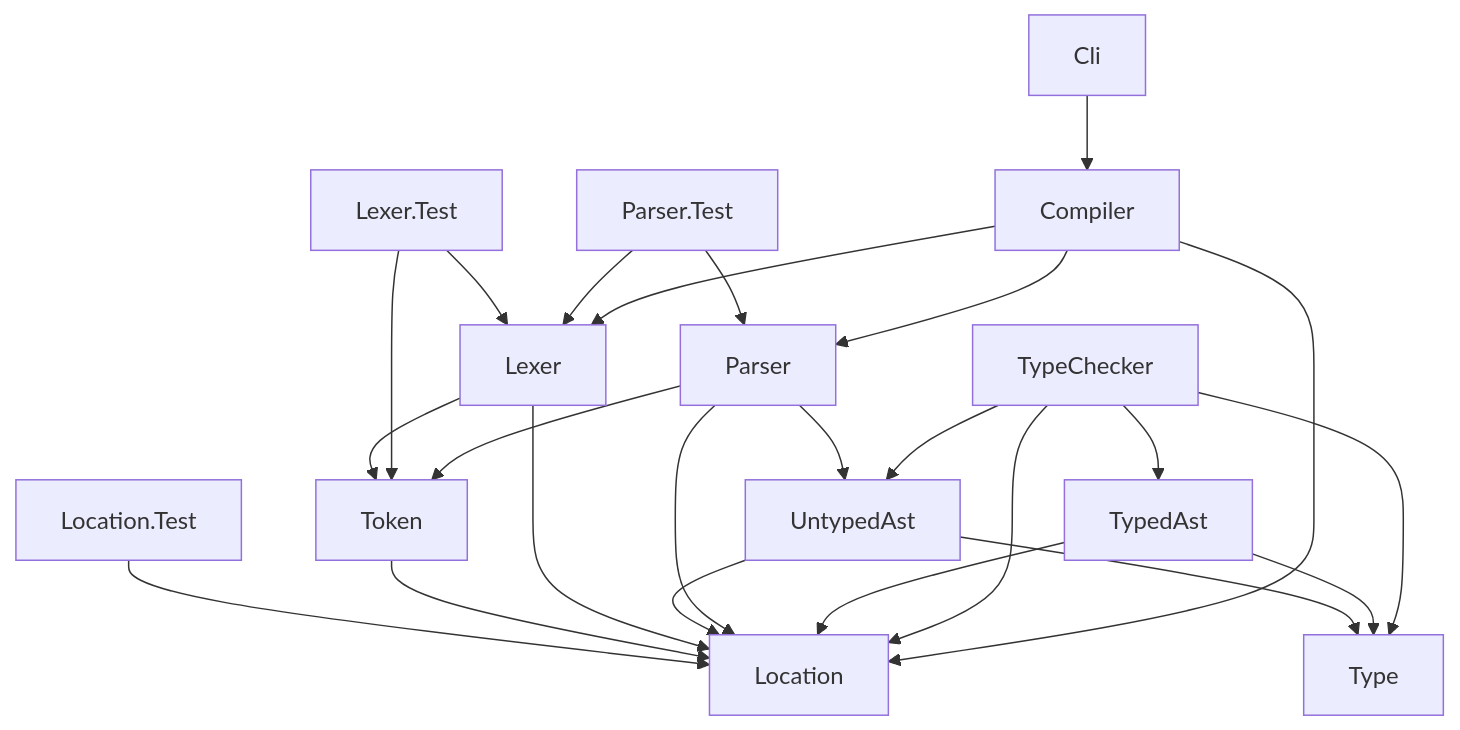
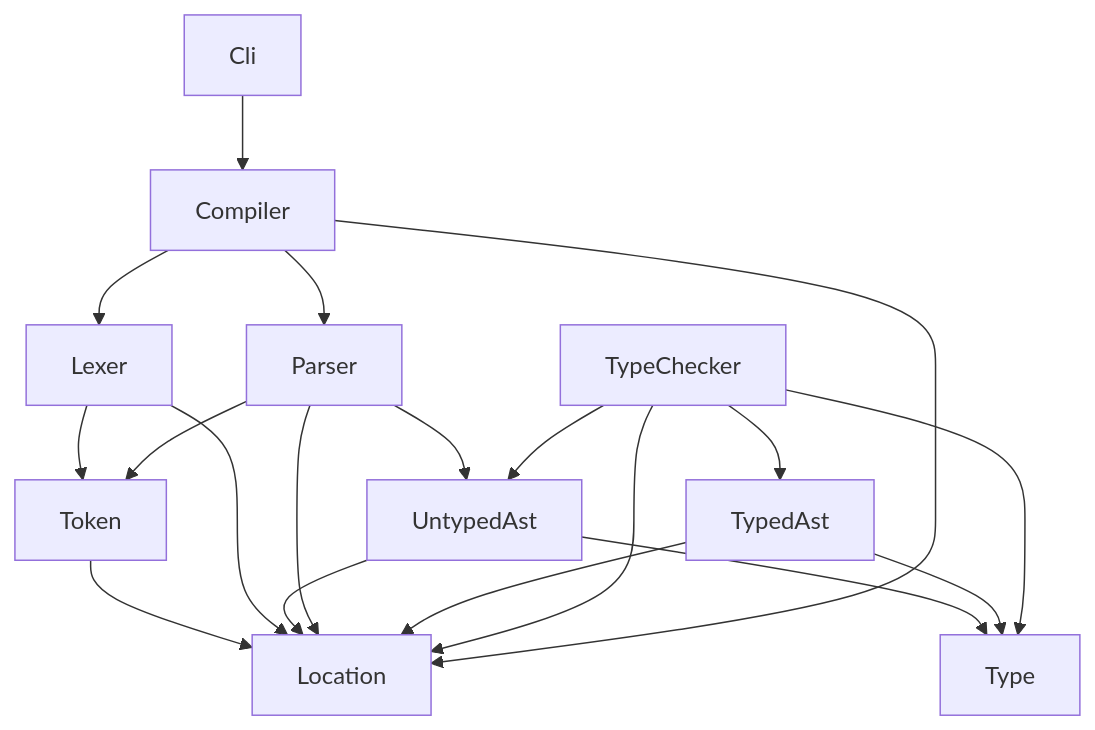
Before and after one commit to 0918nobita/waxt: the diagram in README.md, drawn with Mermaid. The commit also changed 15 other files, not shown here.

````diff
--- a/README.md
+++ b/README.md
@@ -86,26 +86,21 @@
 ```mermaid
 graph TB
-  Location.Test-->Location
   Token-->Location
   Lexer-->Location
   Lexer-->Token
-  Lexer.Test-->Lexer
-  Lexer.Test-->Token
   UntypedAst-->Location
   UntypedAst-->Type
   Parser-->Location
   Parser-->Token
   Parser-->UntypedAst
-  Parser.Test-->Lexer
-  Parser.Test-->Parser
   TypedAst-->Location
   TypedAst-->Type
   TypeChecker-->Location
   TypeChecker-->Type
   TypeChecker-->TypedAst
   TypeChecker-->UntypedAst
   Compiler-->Lexer
   Compiler-->Location
   Compiler-->Parser
   Cli-->Compiler
 ```
````
